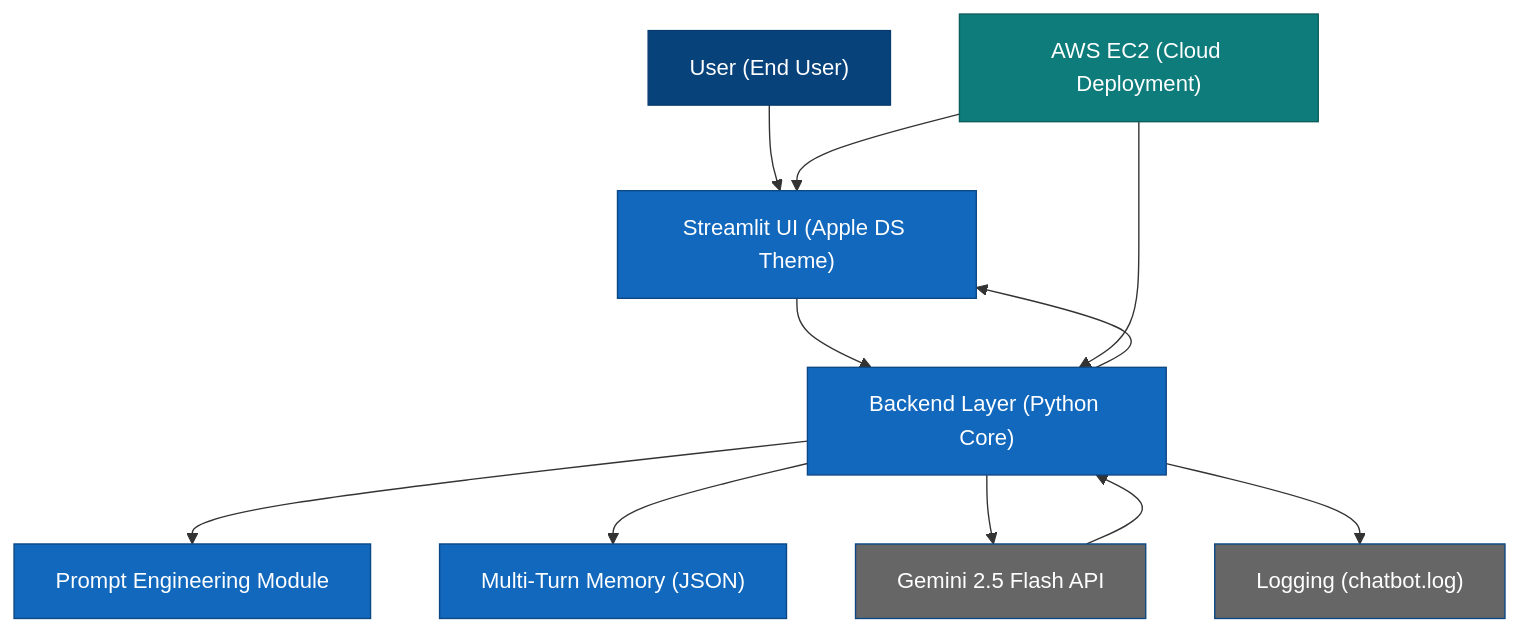
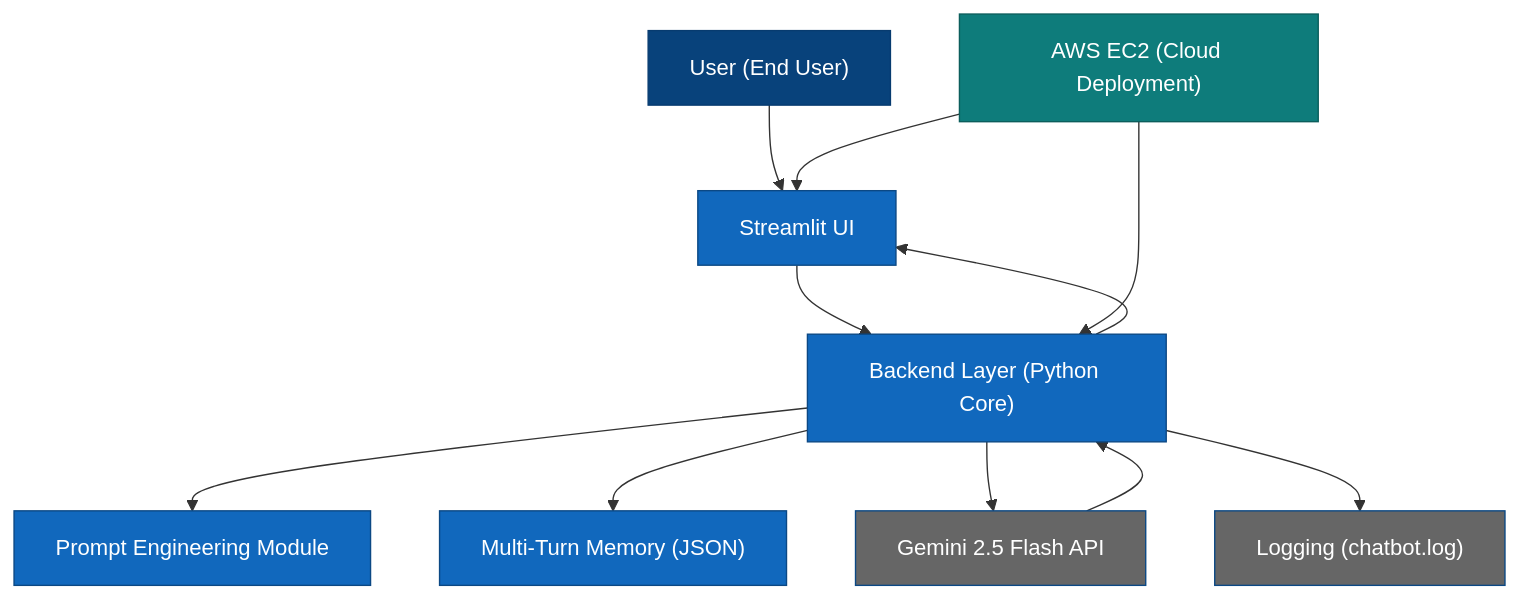
One commit to hemanthreddyyanamala/Innomatics_Internship changed the diagram in Production-Ready GenAI Chatbot Project/README.md. Above: the diagram before and after it, drawn with Mermaid. The commit also changed 18 other files, not shown here.

````diff
--- a/Production-Ready GenAI Chatbot Project/README.md
+++ b/Production-Ready GenAI Chatbot Project/README.md
@@ -5,34 +5,34 @@
 ```mermaid
 flowchart TB
 
     classDef user fill:#08427B,stroke:#073B6F,color:#fff
     classDef system fill:#1168BD,stroke:#0B4884,color:#fff
     classDef external fill:#666666,stroke:#0B4884,color:#fff
     classDef cloud fill:#0E7C7B,stroke:#0B5E5C,color:#fff
 
     user["User (End User)"]
-    ui["Streamlit UI (Apple DS Theme)"]
+    ui["Streamlit UI"]
     backend["Backend Layer (Python Core)"]
     prompt["Prompt Engineering Module"]
     memory["Multi-Turn Memory (JSON)"]
     gemini["Gemini 2.5 Flash API"]
     ec2["AWS EC2 (Cloud Deployment)"]
     logs["Logging (chatbot.log)"]
 
     user --> ui
     ui --> backend
     backend --> prompt
     backend --> memory
     backend --> gemini
     gemini --> backend
     backend --> logs
     backend --> ui
 
     ec2 --> ui
     ec2 --> backend
 
     class user user
     class ui,backend,prompt,memory system
     class gemini,logs external
     class ec2 cloud
 ```
````
